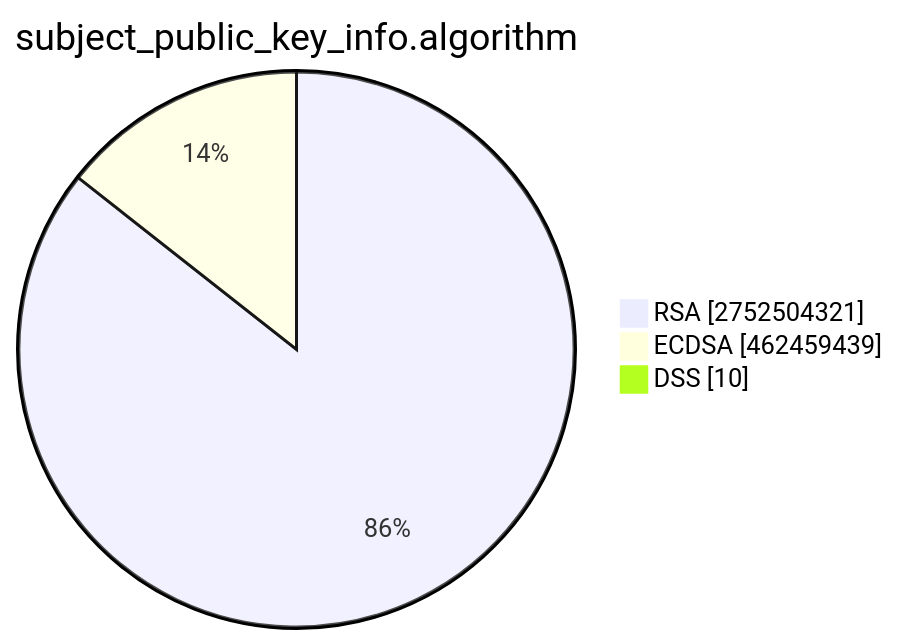
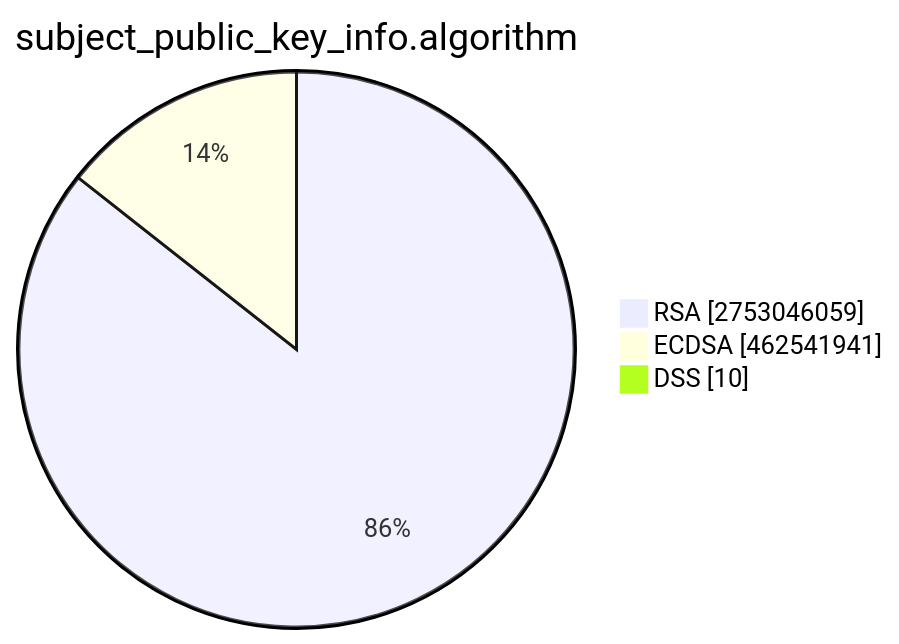
The second of 15 diagrams in TOTAL/README.md (christiankrug/ctmonitor_visualization), drawn with Mermaid before and after one commit. The commit also changed other lines of this file, not shown here.

````diff
--- a/TOTAL/README.md
+++ b/TOTAL/README.md
@@ -6,7 +6,7 @@
 ```mermaid
 pie showData
 title subject_public_key_info.algorithm
-"RSA" :2752504321
-"ECDSA" :462459439
+"RSA" :2753046059
+"ECDSA" :462541941
 "DSS" :10
 ```
````
